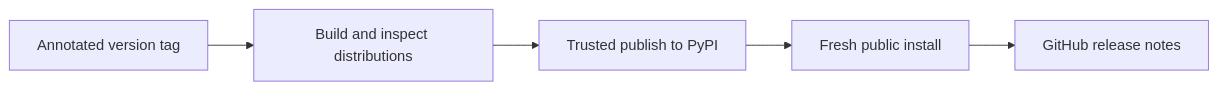
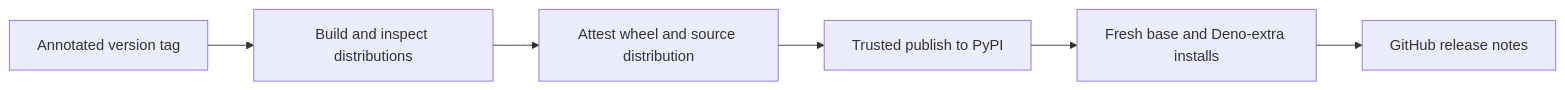
Before and after one commit to marimo-team/marimo-studio: the diagram in development_docs/releasing.md, drawn with Mermaid. The commit also changed other lines of this file and 1365 other files, not shown here.

````diff
--- a/development_docs/releasing.md
+++ b/development_docs/releasing.md
@@ -93,7 +218,8 @@
 ```mermaid
 flowchart LR
     Tag[Annotated version tag] --> Build[Build and inspect distributions]
-    Build --> Publish[Trusted publish to PyPI]
-    Publish --> Verify[Fresh public install]
+    Build --> Attest[Attest wheel and source distribution]
+    Attest --> Publish[Trusted publish to PyPI]
+    Publish --> Verify[Fresh base and Deno-extra installs]
     Verify --> Notes[GitHub release notes]
 ```
````
